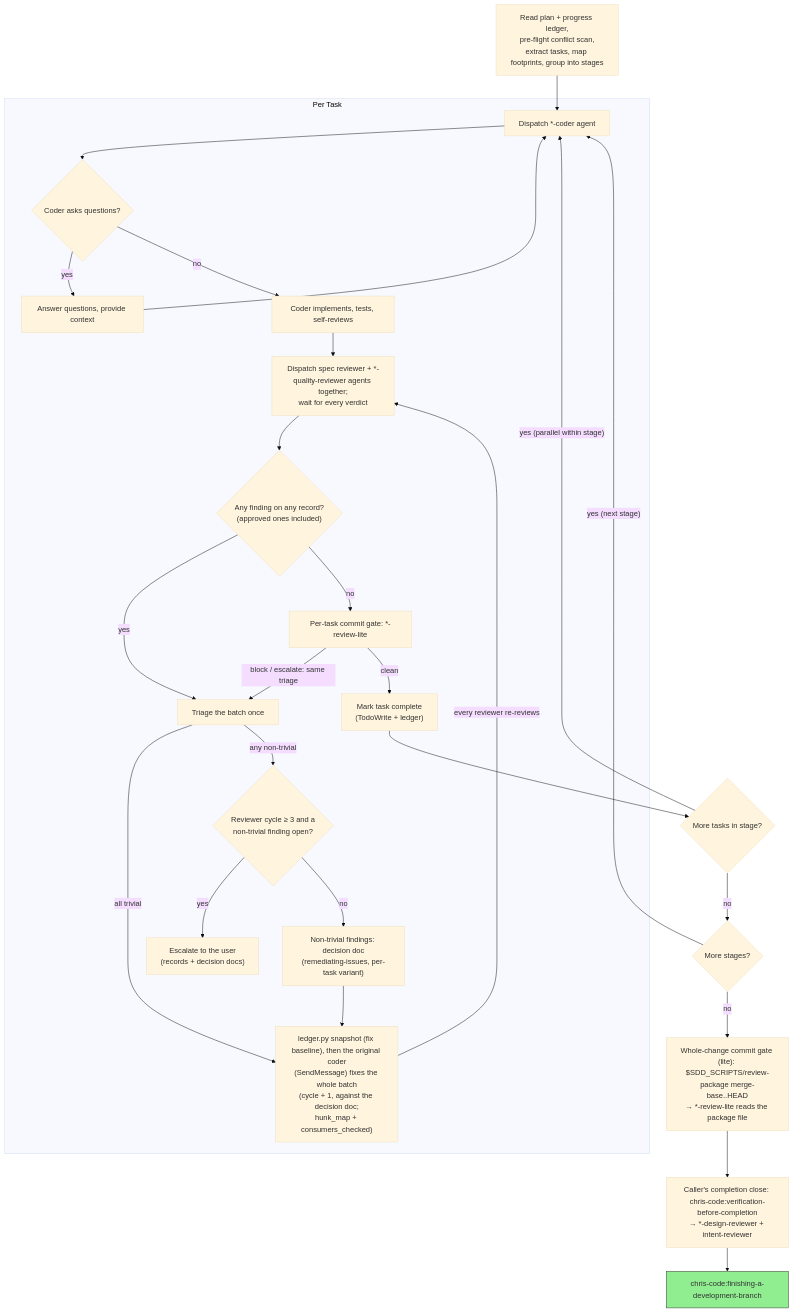
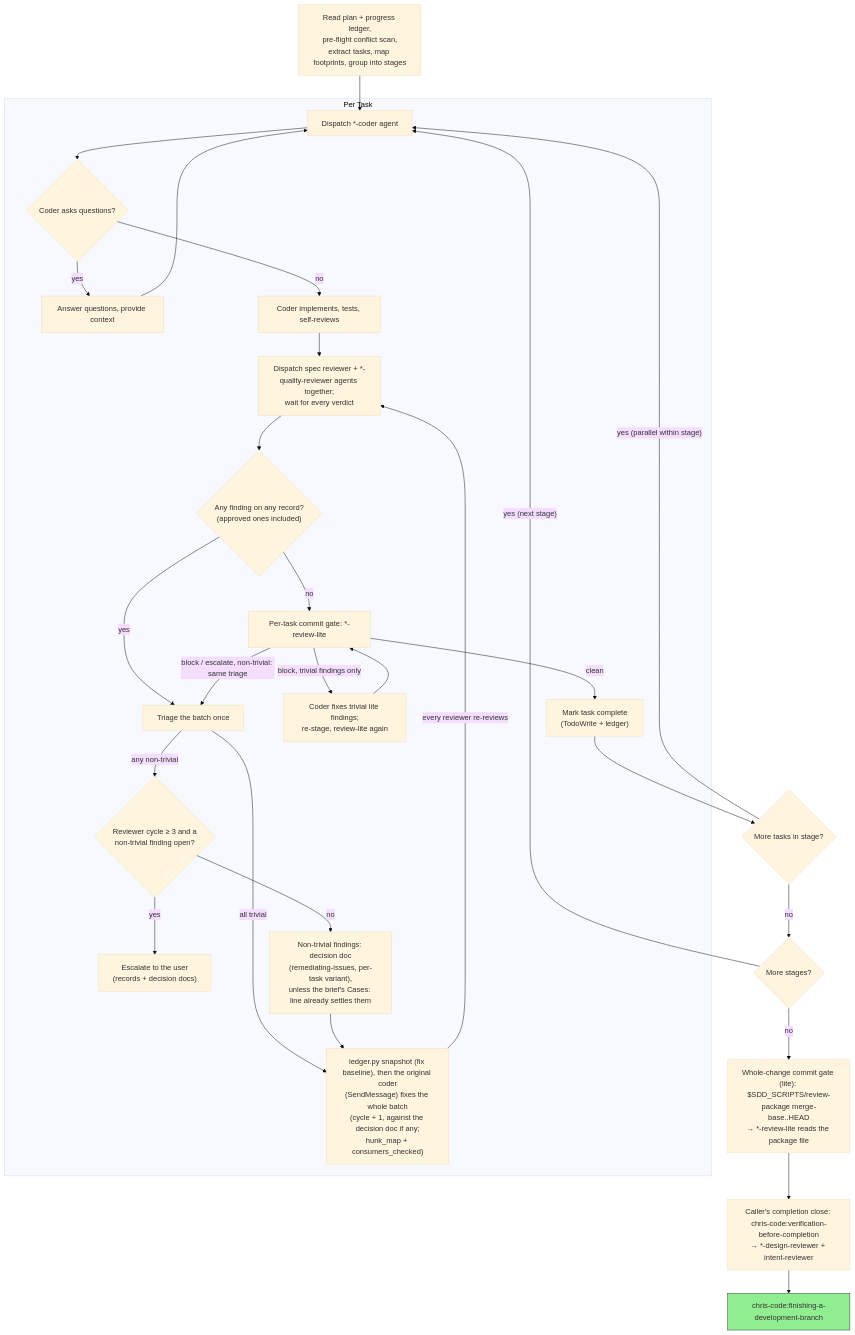
One commit to chris-santiago/claude-plugins changed the diagram in chris-code/skills/subagent-driven-development/SKILL.md. Above: the diagram before and after it, drawn with Mermaid (base theme). The commit also changed other lines of this file and 5 other files, not shown here.

First line of the commit message:
Fix skill-level findings from the whole-file review

````diff
--- a/chris-code/skills/subagent-driven-development/SKILL.md
+++ b/chris-code/skills/subagent-driven-development/SKILL.md
@@ -28,52 +28,55 @@
 ```mermaid
 flowchart TB
     subgraph Per Task
         coder["Dispatch *-coder agent"]
         questions{"Coder asks questions?"}
         answer["Answer questions, provide context"]
         implement["Coder implements, tests, self-reviews"]
         reviews["Dispatch spec reviewer + *-quality-reviewer agents together;<br/>wait for every verdict"]
         reviews_ok{"Any finding on any record?<br/>(approved ones included)"}
         triage["Triage the batch once"]
         cap{"Reviewer cycle ≥ 3 and a<br/>non-trivial finding open?"}
         escalate["Escalate to the user<br/>(records + decision docs)"]
-        decision["Non-trivial findings: decision doc<br/>(remediating-issues, per-task variant)"]
-        fix["ledger.py snapshot (fix baseline), then the original coder<br/>(SendMessage) fixes the whole batch<br/>(cycle + 1, against the decision doc;<br/>hunk_map + consumers_checked)"]
+        decision["Non-trivial findings: decision doc<br/>(remediating-issues, per-task variant),<br/>unless the brief's Cases: line already settles them"]
+        fix["ledger.py snapshot (fix baseline), then the original coder<br/>(SendMessage) fixes the whole batch<br/>(cycle + 1, against the decision doc if any;<br/>hunk_map + consumers_checked)"]
+        lite_fix["Coder fixes trivial lite findings;<br/>re-stage, review-lite again"]
         commit_gate["Per-task commit gate: *-review-lite"]
         done["Mark task complete<br/>(TodoWrite + ledger)"]
     end
 
     read["Read plan + progress ledger,<br/>pre-flight conflict scan,<br/>extract tasks, map footprints, group into stages"]
     more_tasks{"More tasks in stage?"}
     more_stages{"More stages?"}
     final_gate["Whole-change commit gate (lite): $SDD_SCRIPTS/review-package merge-base..HEAD<br/>→ *-review-lite reads the package file"]
     verification["Caller's completion close: chris-code:verification-before-completion<br/>→ *-design-reviewer + intent-reviewer"]
     finish["chris-code:finishing-a-development-branch"]:::finish
 
     read --> coder
     coder --> questions
     questions -->|yes| answer
     answer --> coder
     questions -->|no| implement
     implement --> reviews
     reviews --> reviews_ok
     reviews_ok -->|yes| triage
     triage -->|all trivial| fix
     triage -->|any non-trivial| cap
     cap -->|yes| escalate
     cap -->|no| decision
     decision --> fix
     fix -->|"every reviewer re-reviews"| reviews
     reviews_ok -->|no| commit_gate
-    commit_gate -->|"block / escalate: same triage"| triage
+    commit_gate -->|"block, trivial findings only"| lite_fix
+    lite_fix --> commit_gate
+    commit_gate -->|"block / escalate, non-trivial: same triage"| triage
     commit_gate -->|clean| done
     done --> more_tasks
     more_tasks -->|"yes (parallel within stage)"| coder
     more_tasks -->|no| more_stages
     more_stages -->|"yes (next stage)"| coder
     more_stages -->|no| final_gate
     final_gate --> verification
     verification --> finish
 
     classDef finish fill:#90EE90,stroke:#333
 ```
````
